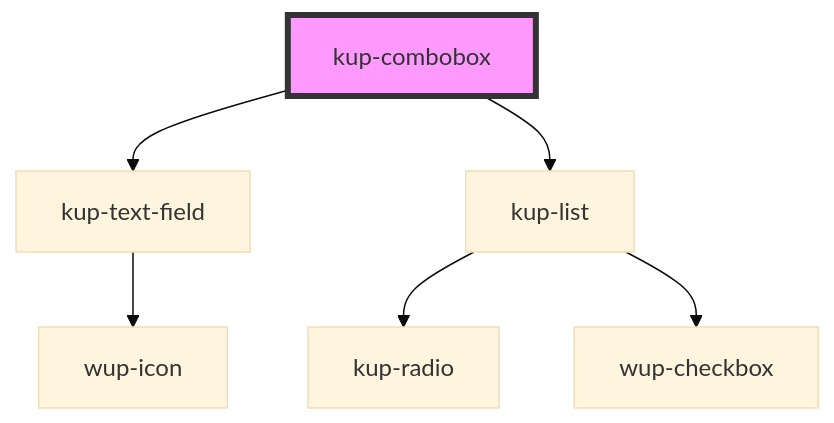
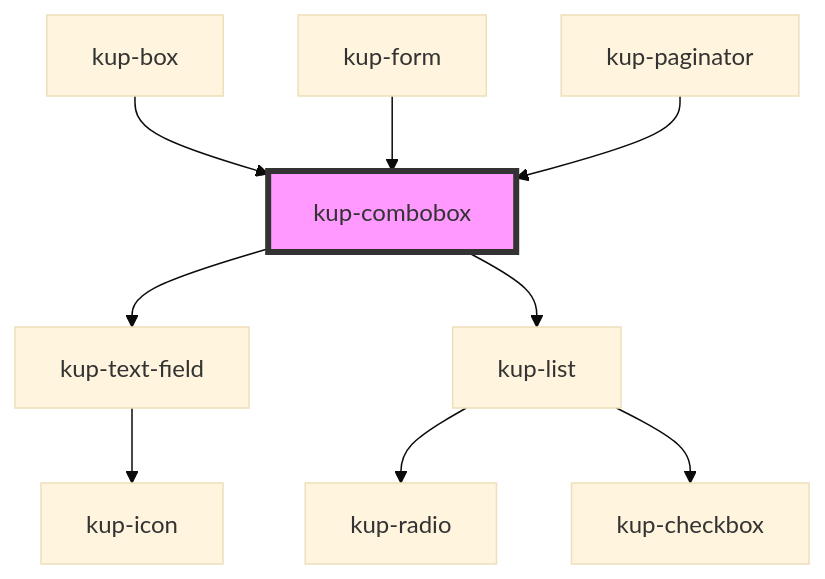
Before and after one commit to smeup/ketchup: the diagram in packages/ketchup/src/components/kup-combobox/readme.md, drawn with Mermaid (base theme). The commit also changed other lines of this file and 60 other files, not shown here.

Commit message:
wup icon > kup icon. Fixes to showcase. Regen of readme files.

````diff
--- a/packages/ketchup/src/components/kup-combobox/readme.md
+++ b/packages/ketchup/src/components/kup-combobox/readme.md
@@ -36,9 +42,12 @@
 ```mermaid
 graph TD;
   kup-combobox --> kup-text-field
   kup-combobox --> kup-list
-  kup-text-field --> wup-icon
+  kup-text-field --> kup-icon
   kup-list --> kup-radio
-  kup-list --> wup-checkbox
+  kup-list --> kup-checkbox
+  kup-box --> kup-combobox
+  kup-form --> kup-combobox
+  kup-paginator --> kup-combobox
   style kup-combobox fill:#f9f,stroke:#333,stroke-width:4px
 ```
````
